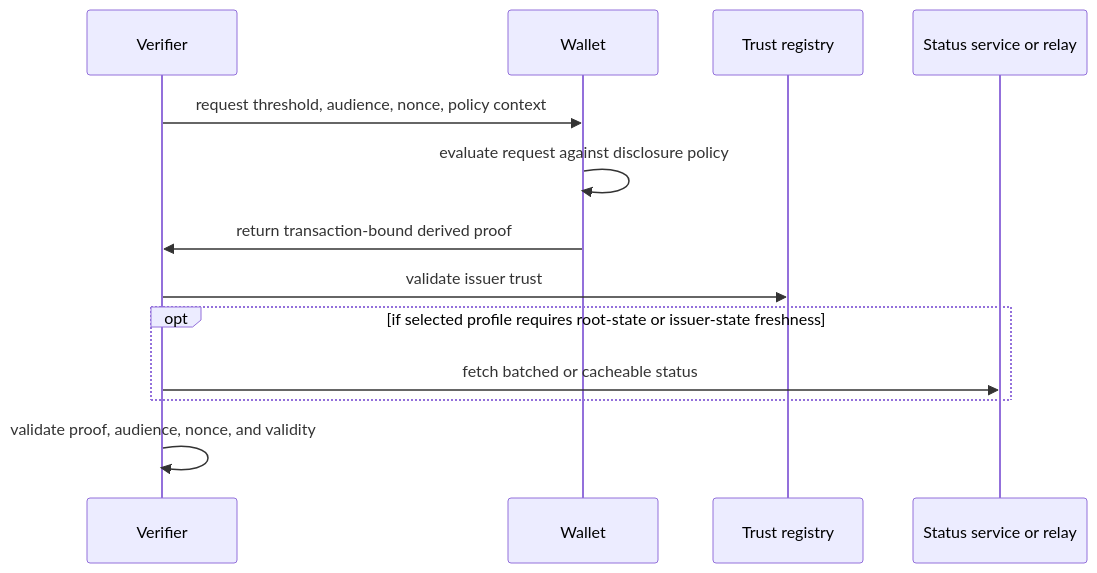
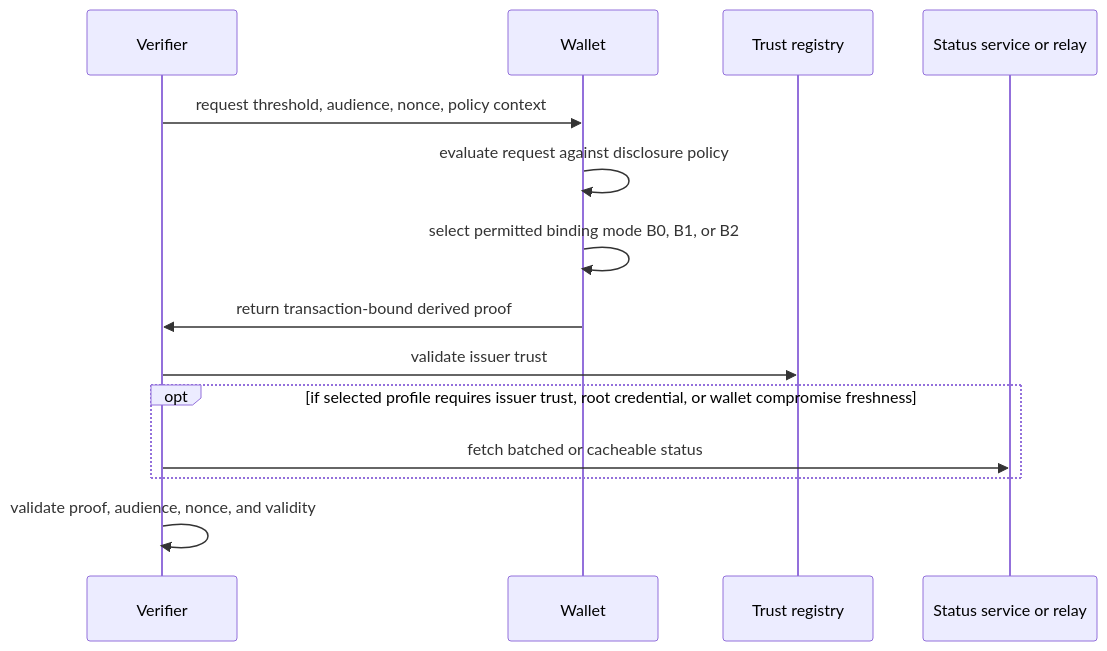
One commit to JGx101/Minimal-Age-Disclosure changed the third of 8 diagrams in docs/architecture/FLOWS_AND_TOPOLOGY.md. Above: the diagram before and after it, drawn with Mermaid. The commit also changed other lines of this file and 34 other files, not shown here.

Commit message:
Resolve architecture gaps for binding and conformance

````diff
--- a/docs/architecture/FLOWS_AND_TOPOLOGY.md
+++ b/docs/architecture/FLOWS_AND_TOPOLOGY.md
@@ -60,16 +63,17 @@
 ```mermaid
 sequenceDiagram
     participant V as Verifier
     participant W as Wallet
     participant T as Trust registry
     participant S as Status service or relay
 
     V->>W: request threshold, audience, nonce, policy context
     W->>W: evaluate request against disclosure policy
+    W->>W: select permitted binding mode B0, B1, or B2
     W->>V: return transaction-bound derived proof
     V->>T: validate issuer trust
-    opt if selected profile requires root-state or issuer-state freshness
+    opt if selected profile requires issuer trust, root credential, or wallet compromise freshness
         V->>S: fetch batched or cacheable status
     end
     V->>V: validate proof, audience, nonce, and validity
 ```
````
